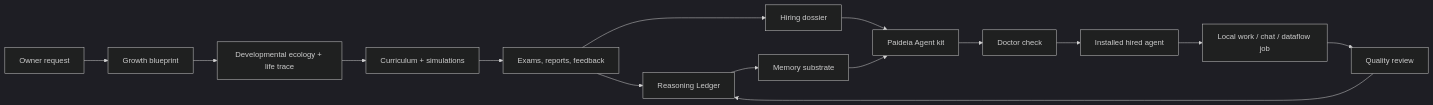
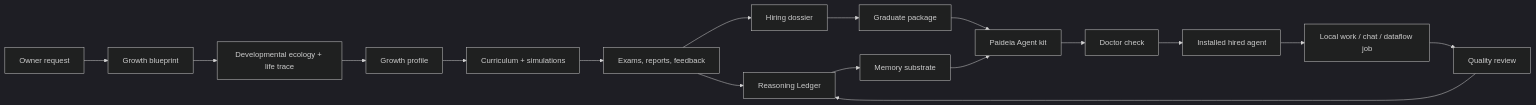
One commit to sinmb79/Paideia-Agent changed the diagram in README.md. Above: the diagram before and after it, drawn with Mermaid (dark theme). The commit also changed other lines of this file and 19 other files, not shown here.

Commit message:
Add growth profile and graduate package engines

````diff
--- a/README.md
+++ b/README.md
@@ -63,17 +64,19 @@
 ```mermaid
 flowchart LR
     Owner["Owner request"] --> Blueprint["Growth blueprint"]
     Blueprint --> Ecology["Developmental ecology + life trace"]
-    Ecology --> Curriculum["Curriculum + simulations"]
+    Ecology --> GrowthProfile["Growth profile"]
+    GrowthProfile --> Curriculum["Curriculum + simulations"]
     Curriculum --> Assessment["Exams, reports, feedback"]
     Assessment --> Kibo["Reasoning Ledger"]
     Assessment --> Dossier["Hiring dossier"]
+    Dossier --> GraduatePackage["Graduate package"]
     Kibo --> Memory["Memory substrate"]
-    Dossier --> Kit["Paideia Agent kit"]
+    GraduatePackage --> Kit["Paideia Agent kit"]
     Memory --> Kit
     Kit --> Doctor["Doctor check"]
     Doctor --> Agent["Installed hired agent"]
     Agent --> Work["Local work / chat / dataflow job"]
     Work --> Review["Quality review"]
     Review --> Kibo
 ```
````
